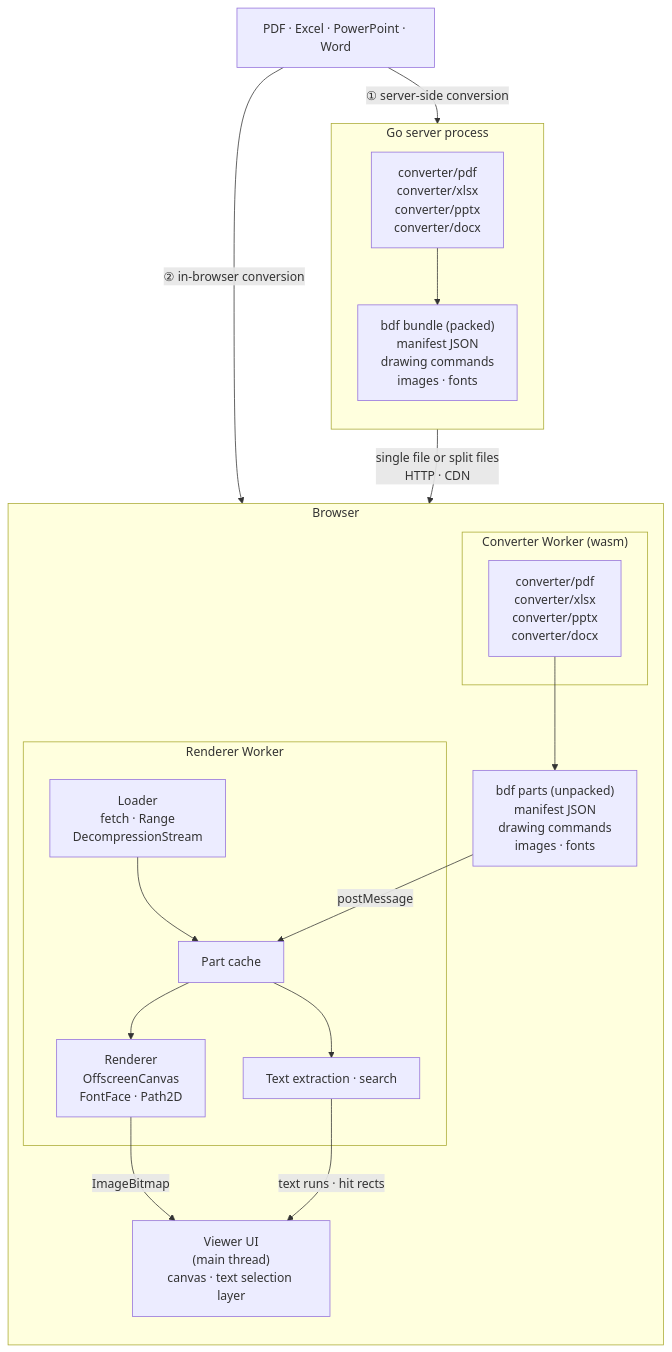
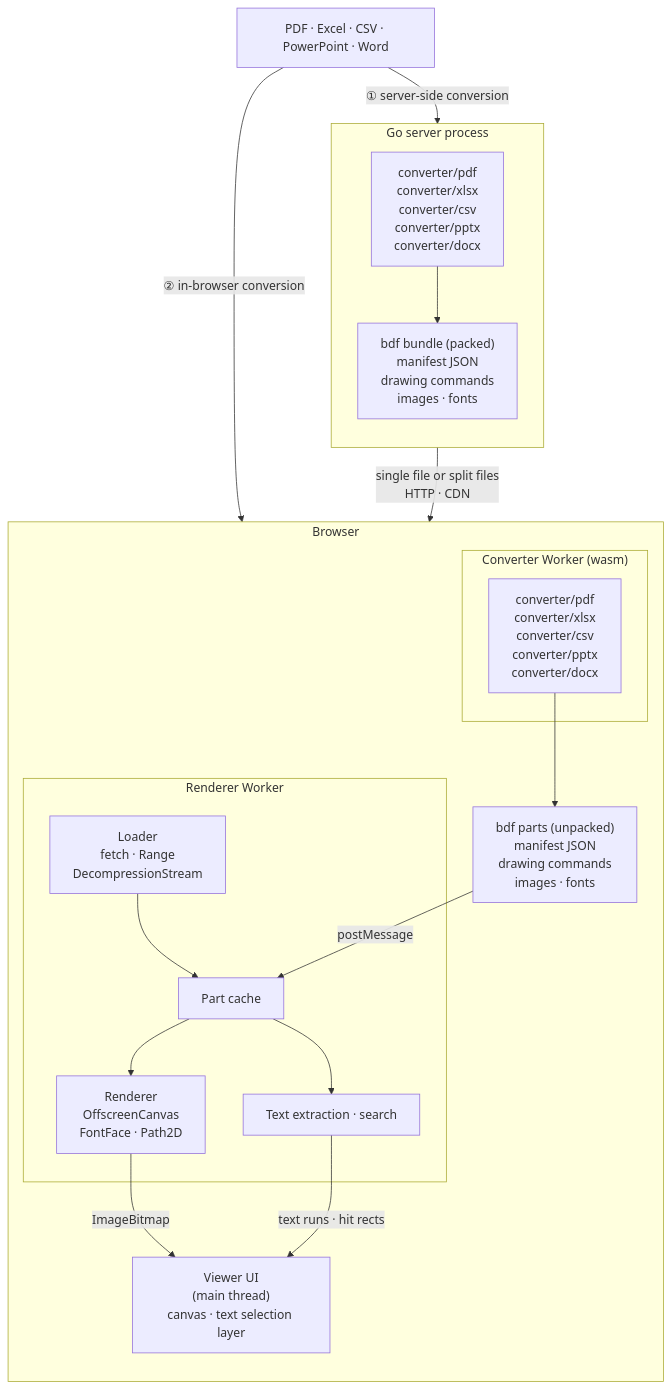
Before and after one commit to shibukawa/bdf: the diagram in README.md, drawn with Mermaid. The commit also changed other lines of this file and 35 other files, not shown here.

First line of the commit message:
Add CSV/TSV converter to BDF: encoding, dialect and header row detection; drawn by the Excel converter

````diff
--- a/README.md
+++ b/README.md
@@ -11,37 +11,37 @@
 ```mermaid
 flowchart TB
-    SRC["PDF · Excel · PowerPoint · Word"]
+    SRC["PDF · Excel · CSV · PowerPoint · Word"]
 
     subgraph SERVER["Go server process"]
         direction TB
-        SCONV["converter/pdf<br/>converter/xlsx<br/>converter/pptx<br/>converter/docx"]
+        SCONV["converter/pdf<br/>converter/xlsx<br/>converter/csv<br/>converter/pptx<br/>converter/docx"]
         BUNDLE["bdf bundle (packed)<br/>manifest JSON<br/>drawing commands<br/>images · fonts"]
         SCONV --> BUNDLE
     end
 
     subgraph BROWSER["Browser"]
         direction TB
         subgraph CWORKER["Converter Worker (wasm)"]
-            WCONV["converter/pdf<br/>converter/xlsx<br/>converter/pptx<br/>converter/docx"]
+            WCONV["converter/pdf<br/>converter/xlsx<br/>converter/csv<br/>converter/pptx<br/>converter/docx"]
         end
         PARTS["bdf parts (unpacked)<br/>manifest JSON<br/>drawing commands<br/>images · fonts"]
         subgraph RWORKER["Renderer Worker"]
             LOADER["Loader<br/>fetch · Range<br/>DecompressionStream"]
             STORE["Part cache"]
             RENDER["Renderer<br/>OffscreenCanvas<br/>FontFace · Path2D"]
             TEXT["Text extraction · search"]
             LOADER --> STORE
             STORE --> RENDER
             STORE --> TEXT
         end
         UI["Viewer UI<br/>(main thread)<br/>canvas · text selection layer"]
         WCONV --> PARTS
     end
 
     SRC -- "① server-side conversion" --> SCONV
     SRC -- "② in-browser conversion" --> WCONV
     BUNDLE -- "single file or split files<br/>HTTP · CDN" --> LOADER
     PARTS -- "postMessage" --> STORE
     RENDER -- "ImageBitmap" --> UI
     TEXT -- "text runs · hit rects" --> UI
 ```
````
